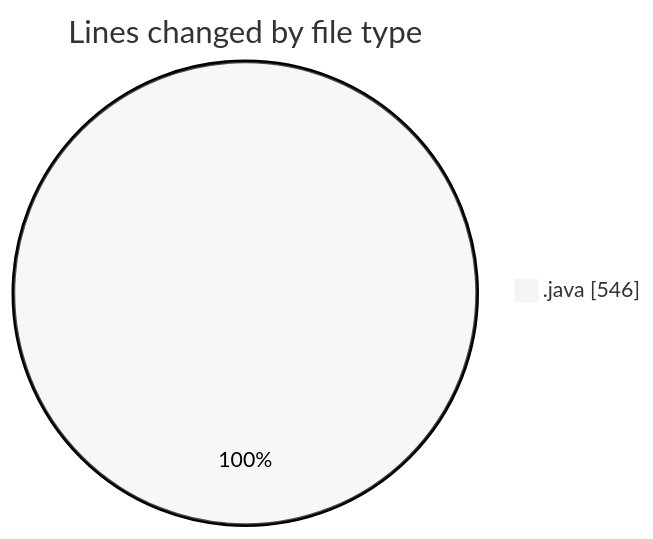
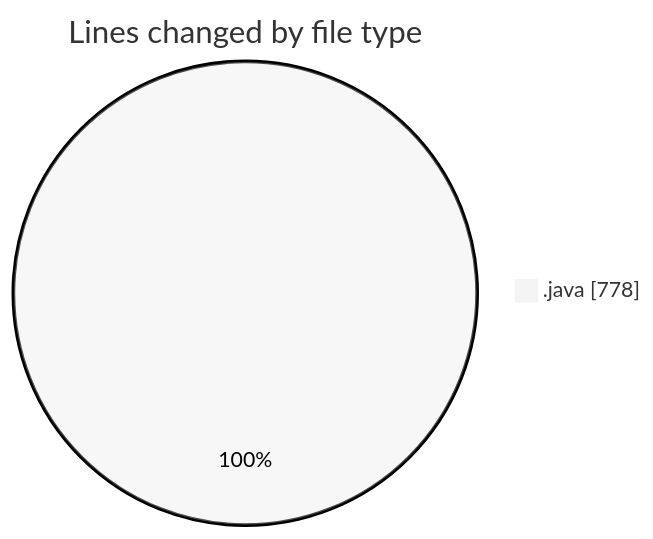
One commit to ricardozamudiocil/code-tracking changed the first of 2 diagrams in 2026-04-09/cilapp/README.md. Above: the diagram before and after it, drawn with Mermaid (neutral theme). The commit also changed other lines of this file and 1 other file, not shown here.

````diff
--- a/2026-04-09/cilapp/README.md
+++ b/2026-04-09/cilapp/README.md
@@ -23,5 +25,5 @@
 ```mermaid
 pie showData
 title Lines changed by file type
-".java" : 546
+".java" : 778
 ```
````
